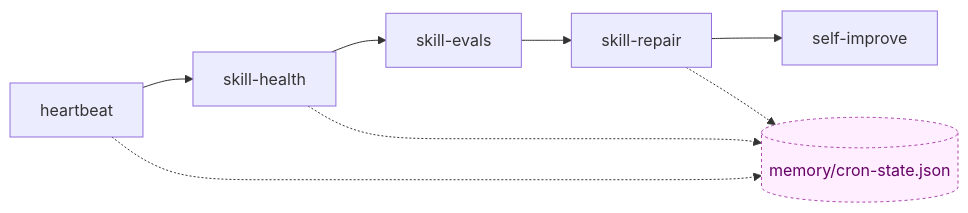
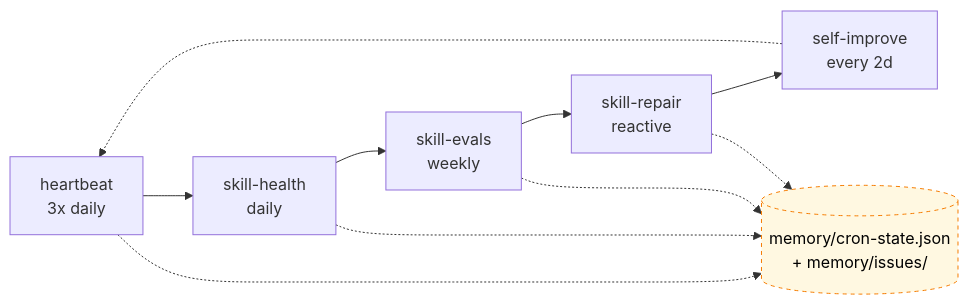
One commit to anajuliabit/aeon changed the second of 7 diagrams in docs/skill-graph.md. Above: the diagram before and after it, drawn with Mermaid. The commit also changed other lines of this file and 3 other files, not shown here.

First line of the commit message:
docs(skill-graph): regenerate map (EDGES_TOTAL: 32→74)

````diff
--- a/docs/skill-graph.md
+++ b/docs/skill-graph.md
@@ -47,22 +50,22 @@
 ```mermaid
 flowchart LR
-    heartbeat["heartbeat"]
-    skill_health["skill-health"]
-    skill_evals["skill-evals"]
-    skill_repair["skill-repair"]
-    self_improve["self-improve"]
-    heartbeat --> skill_health
-    skill_health --> skill_evals
-    skill_evals --> skill_repair
-    skill_repair --> self_improve
-    cron_state[("memory/cron-state.json")]:::state
-    heartbeat -.-> cron_state
-    skill_health -.-> cron_state
-    skill_repair -.-> cron_state
+    heartbeat[heartbeat<br/>3x daily] --> health[skill-health<br/>daily]
+    health --> evals[skill-evals<br/>weekly]
+    evals --> repair[skill-repair<br/>reactive]
+    repair --> improve[self-improve<br/>every 2d]
+    improve -.-> heartbeat
+
+    state[(memory/cron-state.json<br/>+ memory/issues/)]:::state
+    heartbeat -.-> state
+    health -.-> state
+    evals -.-> state
+    repair -.-> state
+
     click heartbeat "../skills/heartbeat/SKILL.md"
-    click skill_health "../skills/skill-health/SKILL.md"
-    click skill_evals "../skills/skill-evals/SKILL.md"
-    click skill_repair "../skills/skill-repair/SKILL.md"
-    click self_improve "../skills/self-improve/SKILL.md"
-    classDef state fill:#fef,stroke:#a4a,stroke-dasharray:3 3,color:#606
+    click health "../skills/skill-health/SKILL.md"
+    click evals "../skills/skill-evals/SKILL.md"
+    click repair "../skills/skill-repair/SKILL.md"
+    click improve "../skills/self-improve/SKILL.md"
+
+    classDef state fill:#fff8e1,stroke:#f57c00,stroke-dasharray:4 4,color:#000
 ```
````
